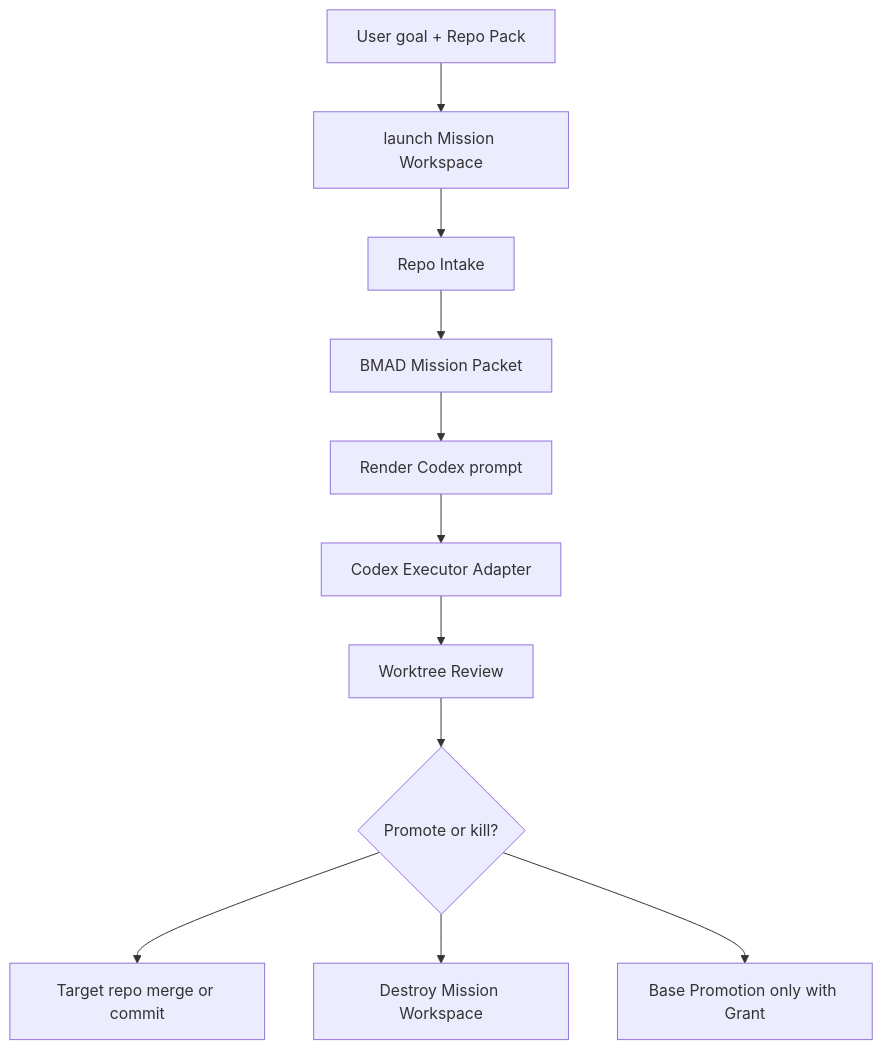
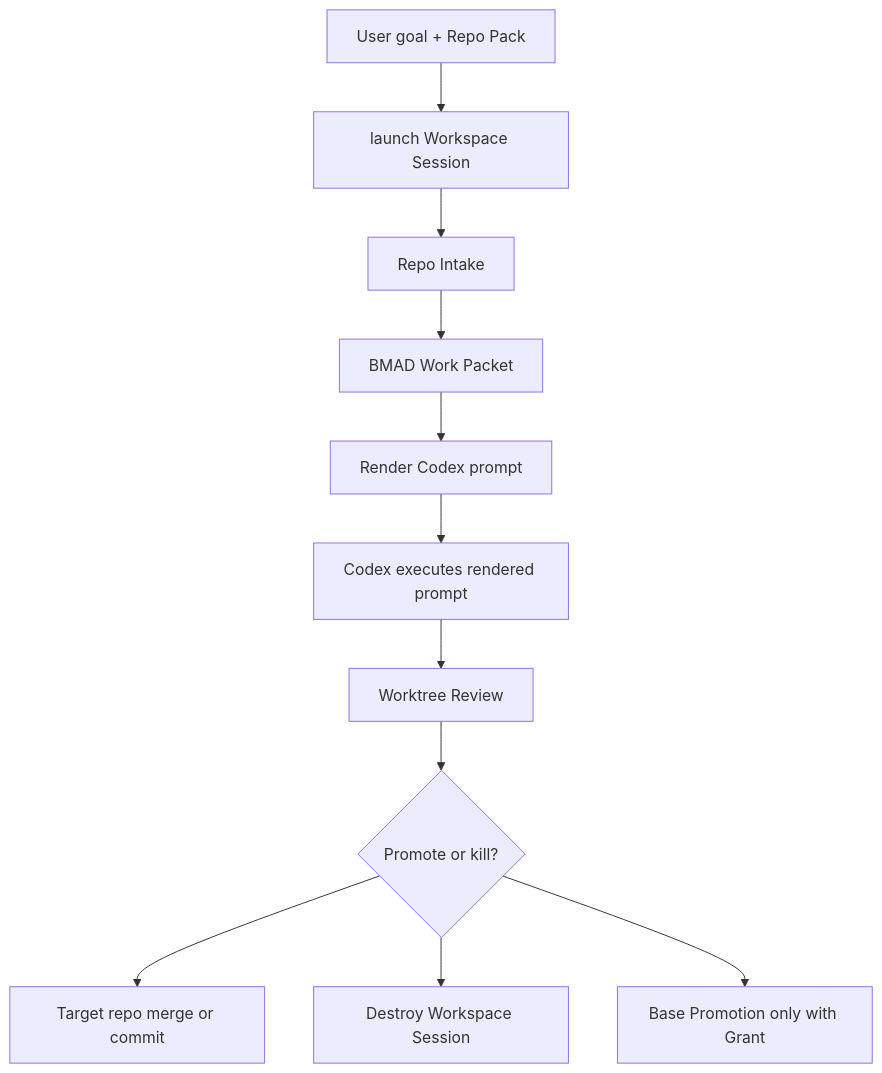
The diagram in docs/workspace/architecture.md (edamlmmv/BMAD-METHOD), drawn with Mermaid before and after one commit. The commit also changed other lines of this file and 38 other files, not shown here.

Commit message:
feat(workspace): add v4 session setup gate

````diff
--- a/docs/workspace/architecture.md
+++ b/docs/workspace/architecture.md
@@ -184,13 +182,13 @@
 ```mermaid
 flowchart TD
-  UserGoal["User goal + Repo Pack"] --> Launch["launch Mission Workspace"]
+  UserGoal["User goal + Repo Pack"] --> Launch["launch Workspace Session"]
   Launch --> Intake["Repo Intake"]
-  Intake --> Packet["BMAD Mission Packet"]
+  Intake --> Packet["BMAD Work Packet"]
   Packet --> Prompt["Render Codex prompt"]
-  Prompt --> Run["Codex Executor Adapter"]
-  Run --> Review["Worktree Review"]
+  Prompt --> Execute["Codex executes rendered prompt"]
+  Execute --> Review["Worktree Review"]
   Review --> Decision{"Promote or kill?"}
   Decision --> Target["Target repo merge or commit"]
-  Decision --> Destroy["Destroy Mission Workspace"]
+  Decision --> Destroy["Destroy Workspace Session"]
   Decision --> Base["Base Promotion only with Grant"]
 ```
````
